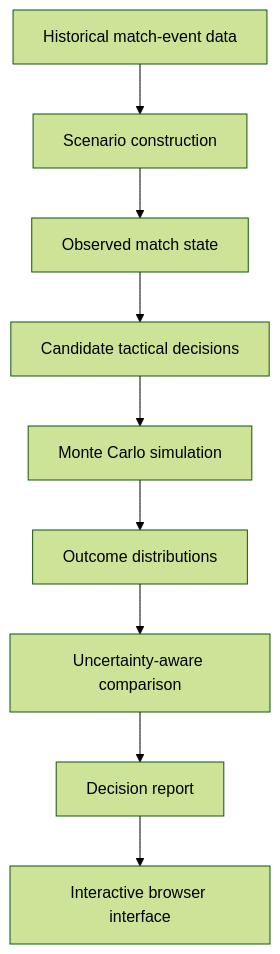
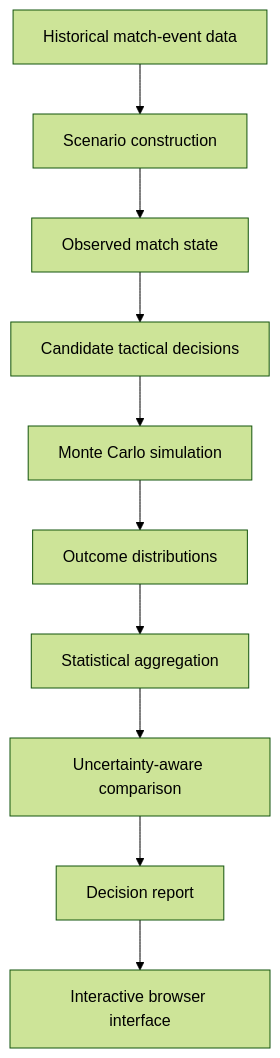
The diagram in docs/architecture.md (chizkidd/fergie-time-analytics), drawn with Mermaid (forest theme) before and after one commit. The commit also changed other lines of this file and 13 other files, not shown here.

First line of the commit message:
`docs: update methodology, evaluation, and limitations. add copyright notice, verify examples, and update architecture diagrams`

`````diff
--- a/docs/architecture.md
+++ b/docs/architecture.md
@@ -72,11 +72,12 @@
 ```mermaid
 flowchart TD
     A[Historical match-event data] --> B[Scenario construction]
     B --> C[Observed match state]
     C --> D[Candidate tactical decisions]
     D --> E[Monte Carlo simulation]
     E --> F[Outcome distributions]
-    F --> G[Uncertainty-aware comparison]
-    G --> H[Decision report]
-    H --> I[Interactive browser interface]
-````
+    F --> G[Statistical aggregation]
+    G --> H[Uncertainty-aware comparison]
+    H --> I[Decision report]
+    I --> J[Interactive browser interface]
+```
`````
